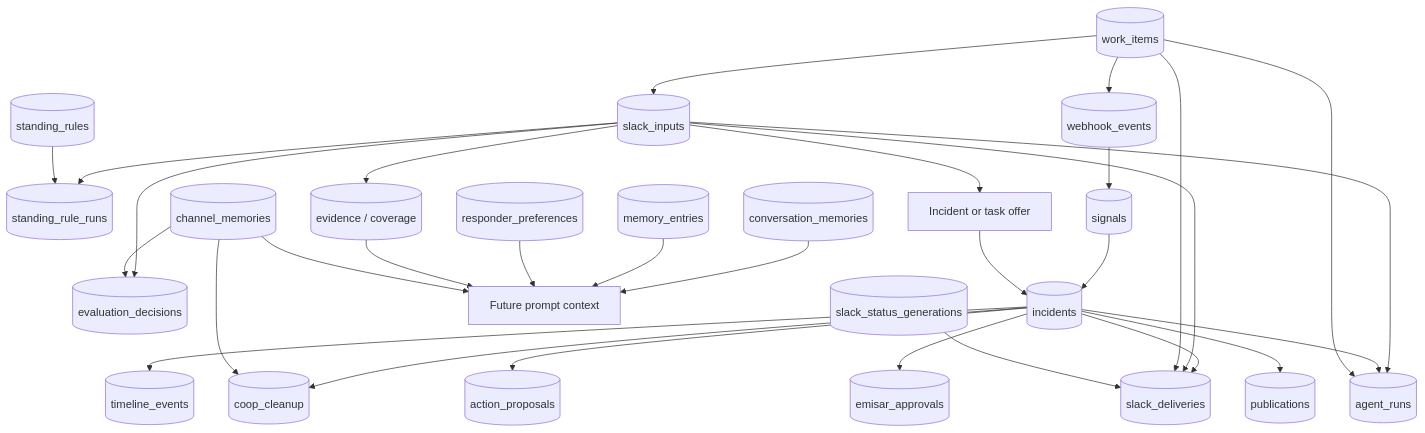
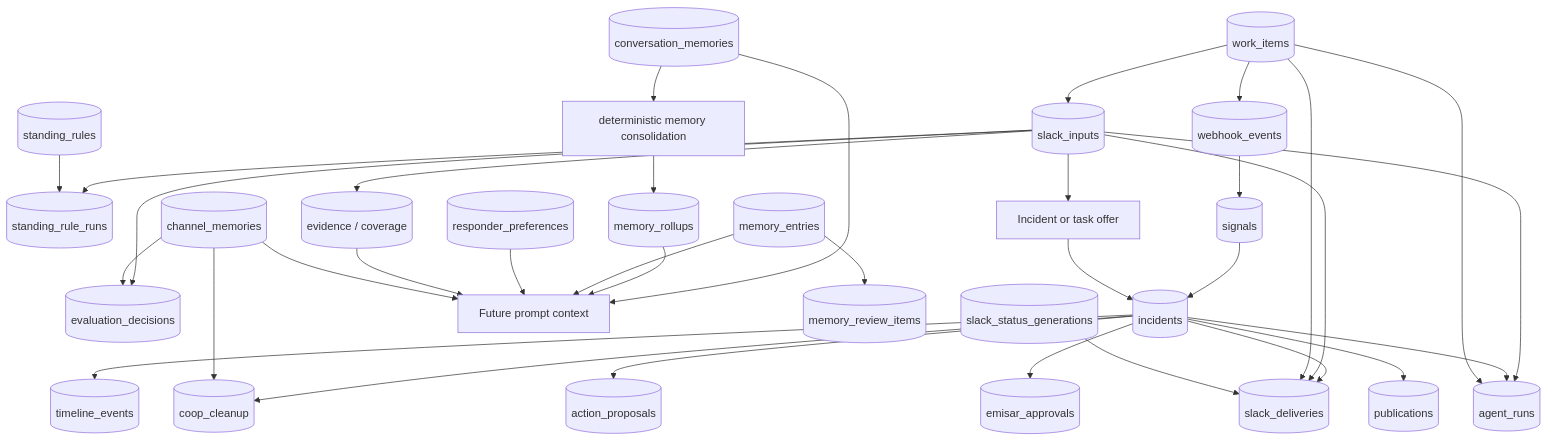
Before and after one commit to AndrewDryga/ryker: diagram 11 of 11 in docs/how-responder-works.md, drawn with Mermaid. The commit also changed other lines of this file and 24 other files, not shown here.

Commit message:
feat: consolidate and review responder memory

````diff
--- a/docs/how-responder-works.md
+++ b/docs/how-responder-works.md
@@ -570,36 +574,40 @@
 ```mermaid
 flowchart TB
   SlackInput[("slack_inputs")] --> Evaluation[("evaluation_decisions")]
   SlackInput --> RuleRun[("standing_rule_runs")]
   SlackInput --> Evidence[("evidence / coverage")]
   SlackInput --> WorkOffer["Incident or task offer"]
 
   Webhook[("webhook_events")] --> Signals[("signals")]
   Signals --> Incident[("incidents")]
   WorkOffer --> Incident
 
   SlackInput --> AgentRuns[("agent_runs")]
   Incident --> AgentRuns
   Incident --> Deliveries[("slack_deliveries")]
   SlackInput --> Deliveries
   Incident --> Timeline[("timeline_events")]
   Incident --> Proposals[("action_proposals")]
   Incident --> Approvals[("emisar_approvals")]
   Incident --> Publication[("publications")]
 
   ChannelMemory[("channel_memories")] --> Evaluation
   ConversationMemory[("conversation_memories")] --> PromptContext
+  ConversationMemory --> Dreaming["deterministic memory consolidation"]
+  Dreaming --> Rollups[("memory_rollups")]
+  Rollups --> PromptContext
   Memory[("memory_entries")] --> PromptContext["Future prompt context"]
+  Memory --> Reviews[("memory_review_items")]
   Preferences[("responder_preferences")] --> PromptContext
   Rules[("standing_rules")] --> RuleRun
   Evidence --> PromptContext
   ChannelMemory --> PromptContext
 
   Incident --> Cleanup[("coop_cleanup")]
   ChannelMemory --> Cleanup
   Scheduler[("work_items")] --> SlackInput
   Scheduler --> Webhook
   Scheduler --> AgentRuns
   Scheduler --> Deliveries
   StatusGeneration[("slack_status_generations")] --> Deliveries
 ```
````
